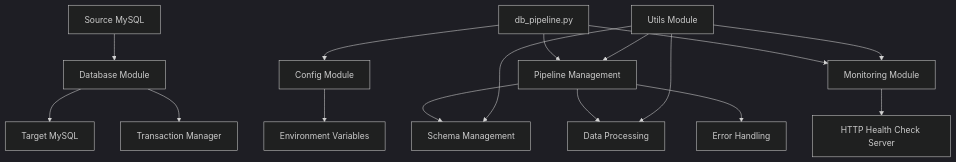
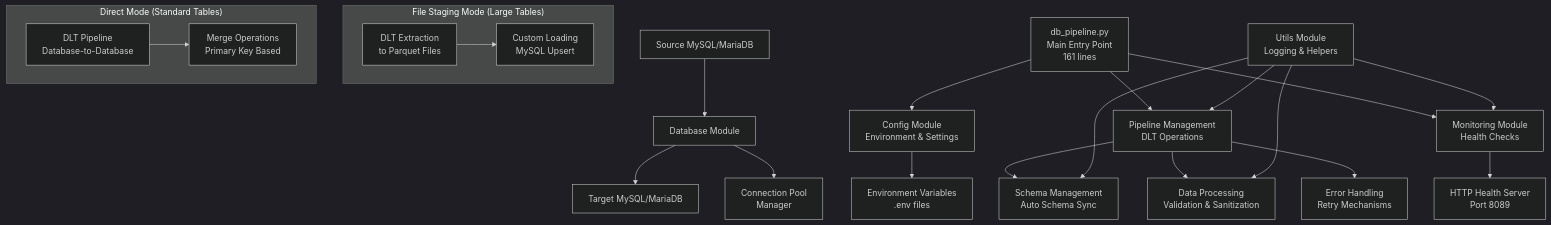
One commit to malemalice/patuha-etl-dlt changed the diagram in TRD.md. Above: the diagram before and after it, drawn with Mermaid (dark theme). The commit also changed other lines of this file and 2 other files, not shown here.

````diff
--- a/TRD.md
+++ b/TRD.md
@@ -24,18 +27,26 @@
 ```mermaid
 graph TB
-    A[Source MySQL] --> B[Database Module]
-    B --> C[Target MySQL]
-    D[db_pipeline.py] --> E[Config Module]
-    D --> F[Pipeline Management]
-    D --> G[Monitoring Module]
-    F --> H[Schema Management]
-    F --> I[Data Processing]
-    F --> J[Error Handling]
-    G --> K[HTTP Health Check Server]
-    B --> L[Transaction Manager]
-    E --> M[Environment Variables]
-    N[Utils Module] --> F
+    A[Source MySQL/MariaDB] --> B[Database Module]
+    B --> C[Target MySQL/MariaDB]
+    D[db_pipeline.py<br/>Main Entry Point<br/>161 lines] --> E[Config Module<br/>Environment & Settings]
+    D --> F[Pipeline Management<br/>DLT Operations]
+    D --> G[Monitoring Module<br/>Health Checks]
+    F --> H[Schema Management<br/>Auto Schema Sync]
+    F --> I[Data Processing<br/>Validation & Sanitization]
+    F --> J[Error Handling<br/>Retry Mechanisms]
+    G --> K[HTTP Health Server<br/>Port 8089]
+    B --> L[Connection Pool<br/>Manager]
+    E --> M[Environment Variables<br/>.env files]
+    N[Utils Module<br/>Logging & Helpers] --> F
     N --> G
     N --> H
     N --> I
+
+    subgraph "File Staging Mode (Large Tables)"
+        O[DLT Extraction<br/>to Parquet Files] --> P[Custom Loading<br/>MySQL Upsert]
+    end
+
+    subgraph "Direct Mode (Standard Tables)"
+        Q[DLT Pipeline<br/>Database-to-Database] --> R[Merge Operations<br/>Primary Key Based]
+    end
 ```
````
